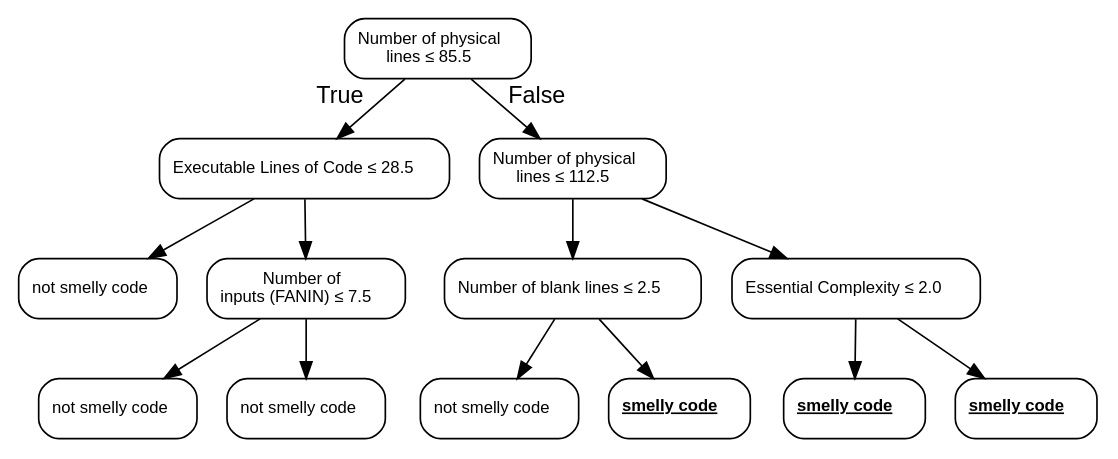
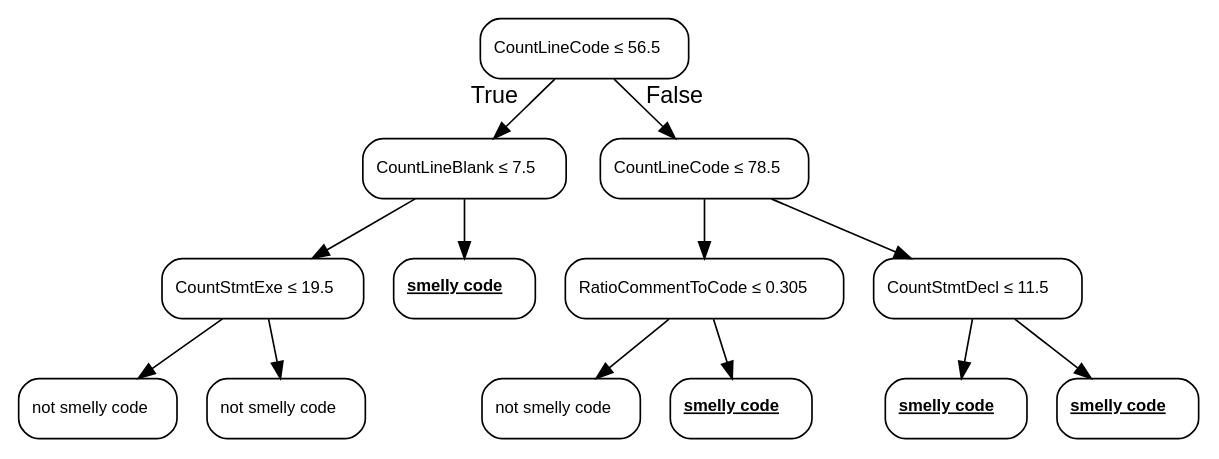
Before and after one commit to christianorossini/masterProject: the diagram in artefatos/models/dt/lm/dot/7_entropy.dot, drawn with Graphviz. The commit also changed 74 other files, not shown here.

```diff
--- a/artefatos/models/dt/lm/dot/7_entropy.dot
+++ b/artefatos/models/dt/lm/dot/7_entropy.dot
@@ -1,29 +1,29 @@
 digraph Tree {
 node [color="black", fontname=helvetica, shape=box, style="rounded", width=0.5, fontsize=10];
 edge [fontname=helvetica];
-0 [label=<Number of physical<br/> lines &le; 85.5>];
-1 [label=<Executable Lines of Code &le; 28.5>];
+0 [label=<CountLineCode &le; 56.5>];
+1 [label=<CountLineBlank &le; 7.5>];
 0 -> 1  [headlabel="True", labelangle=45, labeldistance="2.5"];
-3 [label=<not smelly code>];
+3 [label=<CountStmtExe &le; 19.5>];
 1 -> 3;
-4 [label=<Number of<br/> inputs (FANIN) &le; 7.5>];
+9 [label=<not smelly code>];
+3 -> 9;
+10 [label=<not smelly code>];
+3 -> 10;
+4 [label=<<u><b>smelly code</b></u>>];
 1 -> 4;
-11 [label=<not smelly code>];
-4 -> 11;
-12 [label=<not smelly code>];
-4 -> 12;
-2 [label=<Number of physical<br/> lines &le; 112.5>];
+2 [label=<CountLineCode &le; 78.5>];
 0 -> 2  [headlabel="False", labelangle="-45", labeldistance="2.5"];
-5 [label=<Number of blank lines &le; 2.5>];
+5 [label=<RatioCommentToCode &le; 0.305>];
 2 -> 5;
 7 [label=<not smelly code>];
 5 -> 7;
 8 [label=<<u><b>smelly code</b></u>>];
 5 -> 8;
-6 [label=<Essential Complexity &le; 2.0>];
+6 [label=<CountStmtDecl &le; 11.5>];
 2 -> 6;
-9 [label=<<u><b>smelly code</b></u>>];
-6 -> 9;
-10 [label=<<u><b>smelly code</b></u>>];
-6 -> 10;
+11 [label=<<u><b>smelly code</b></u>>];
+6 -> 11;
+12 [label=<<u><b>smelly code</b></u>>];
+6 -> 12;
 }
```
